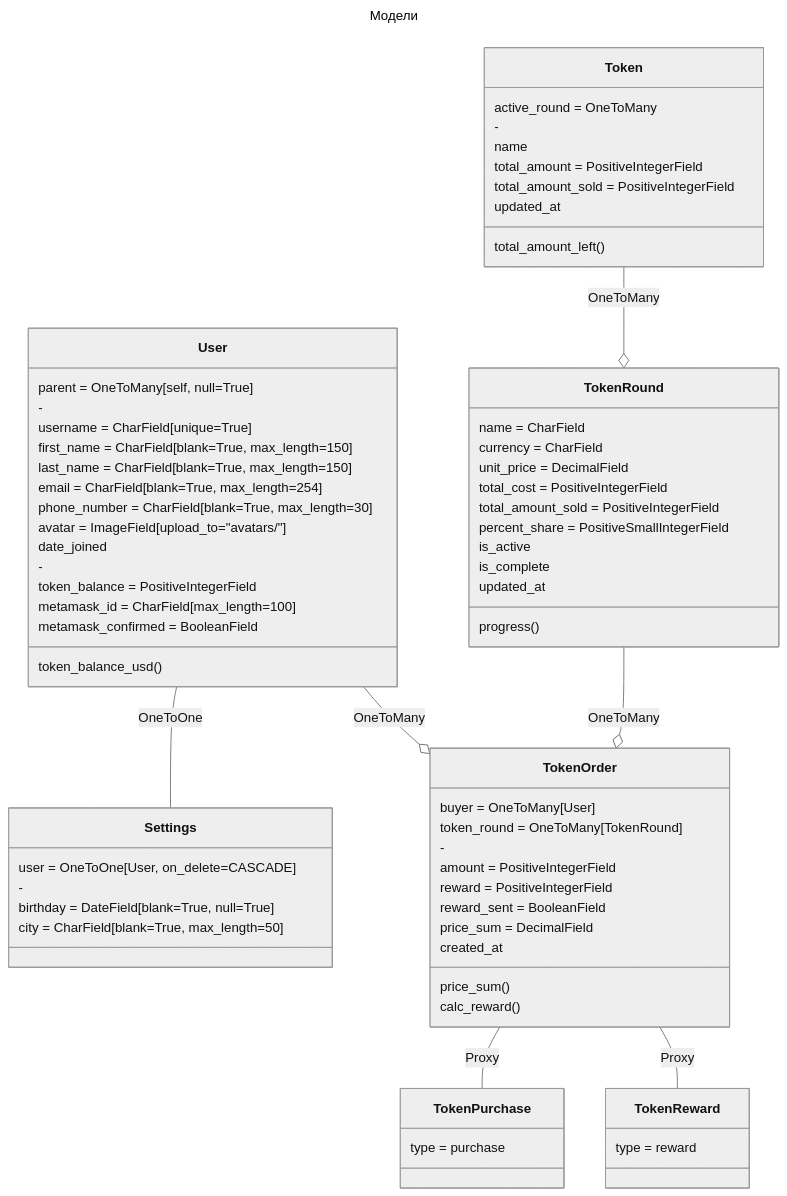
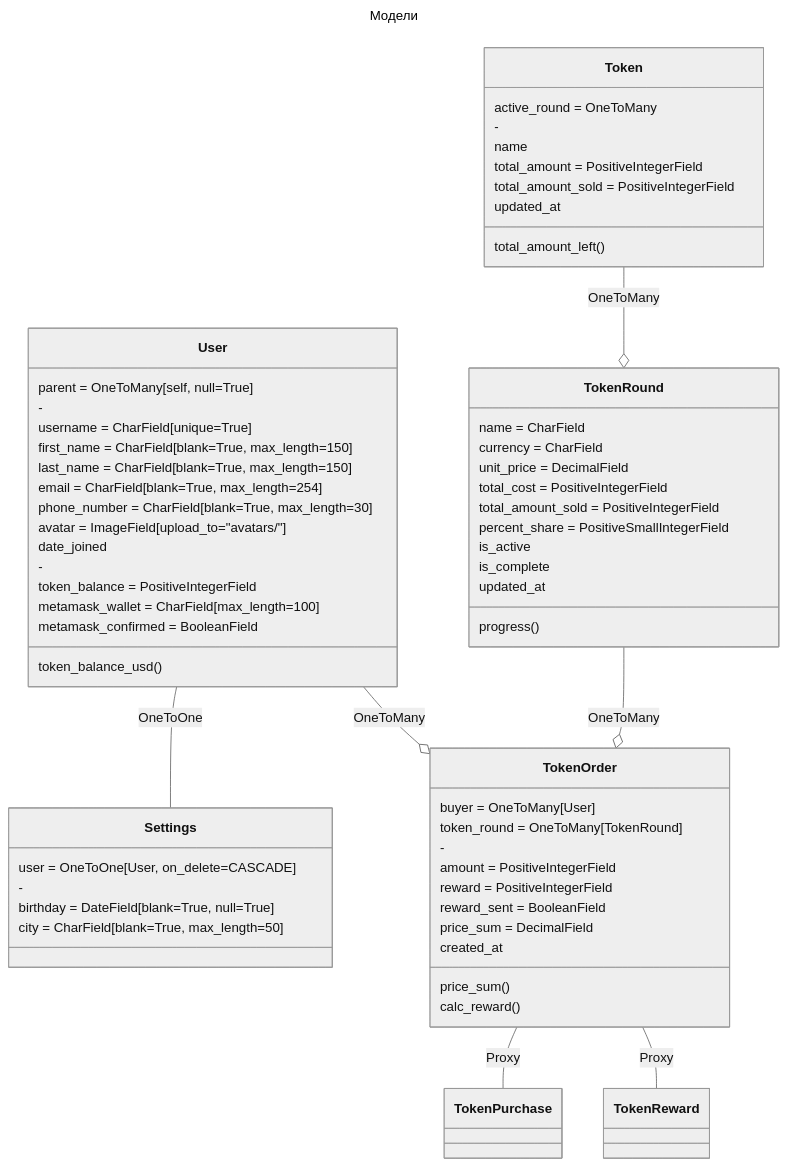
The first of 2 diagrams in README.md (DmitryPi/market_django), drawn with Mermaid (neutral theme) before and after one commit. The commit also changed other lines of this file and 3 other files, not shown here.

````diff
--- a/README.md
+++ b/README.md
@@ -34,80 +36,78 @@
 ```mermaid
 ---
 title: Модели
 ---
 classDiagram
     User -- Settings : OneToOne
     Token --o TokenRound : OneToMany
     User --o TokenOrder : OneToMany
     TokenRound --o TokenOrder : OneToMany
     TokenOrder -- TokenPurchase : Proxy
     TokenOrder -- TokenReward : Proxy
 
     class User {
         parent = OneToMany[self, null=True]
         -
         username = CharField[unique=True]
         first_name = CharField[blank=True, max_length=150]
         last_name = CharField[blank=True, max_length=150]
         email = CharField[blank=True, max_length=254]
         phone_number = CharField[blank=True, max_length=30]
         avatar = ImageField[upload_to="avatars/"]
         date_joined
         -
         token_balance = PositiveIntegerField
-        metamask_id = CharField[max_length=100]
+        metamask_wallet = CharField[max_length=100]
         metamask_confirmed = BooleanField
         token_balance_usd()
     }
 
     class Settings {
         user = OneToOne[User, on_delete=CASCADE]
         -
         birthday = DateField[blank=True, null=True]
         city = CharField[blank=True, max_length=50]
     }
 
     class Token {
         active_round = OneToMany
         -
         name
         total_amount = PositiveIntegerField
         total_amount_sold = PositiveIntegerField
         updated_at
         total_amount_left()
     }
 
     class TokenRound {
         name = CharField
         currency = CharField
         unit_price = DecimalField
         total_cost = PositiveIntegerField
         total_amount_sold = PositiveIntegerField
         percent_share = PositiveSmallIntegerField
         is_active
         is_complete
         updated_at
         progress()
     }
 
     class TokenOrder {
         buyer = OneToMany[User]
         token_round = OneToMany[TokenRound]
         -
         amount = PositiveIntegerField
         reward = PositiveIntegerField
         reward_sent = BooleanField
         price_sum = DecimalField
         created_at
         price_sum()
         calc_reward()
     }
 
     class TokenPurchase {
-        type = purchase
     }
 
     class TokenReward {
-        type = reward
     }
 ```
````
